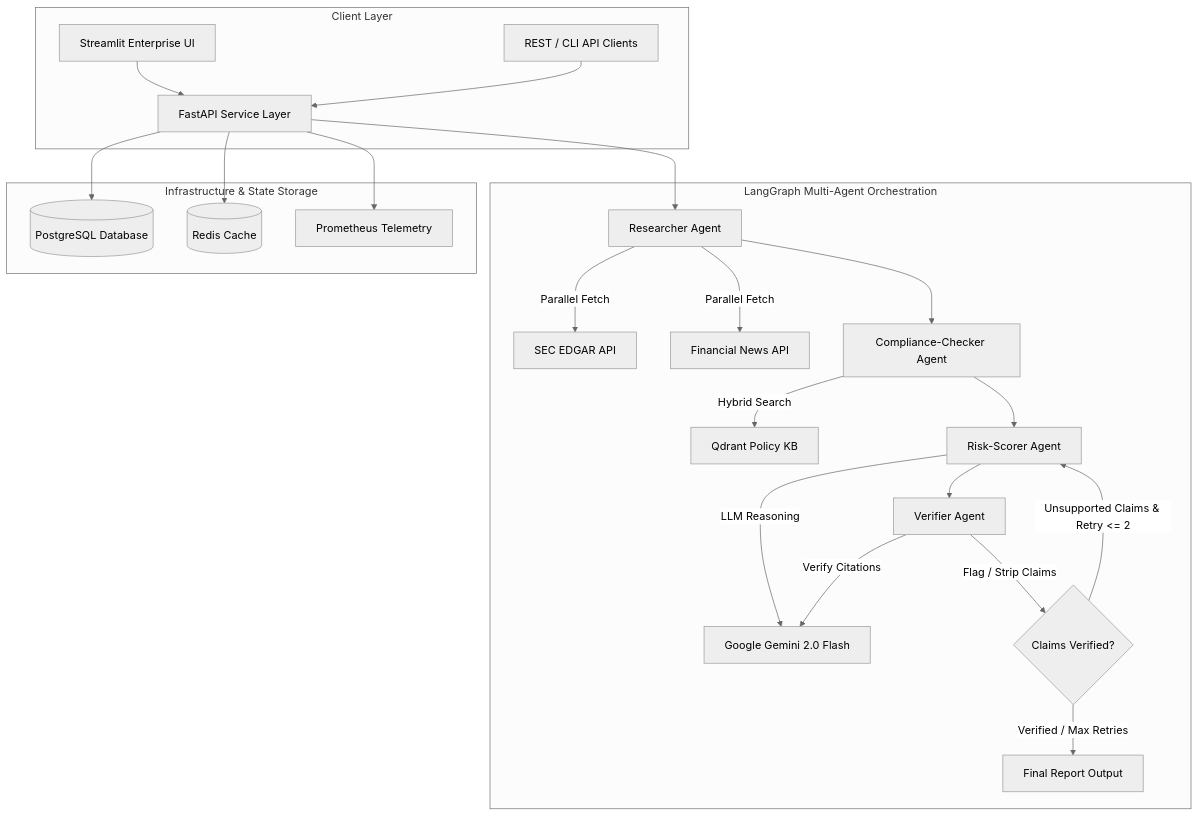
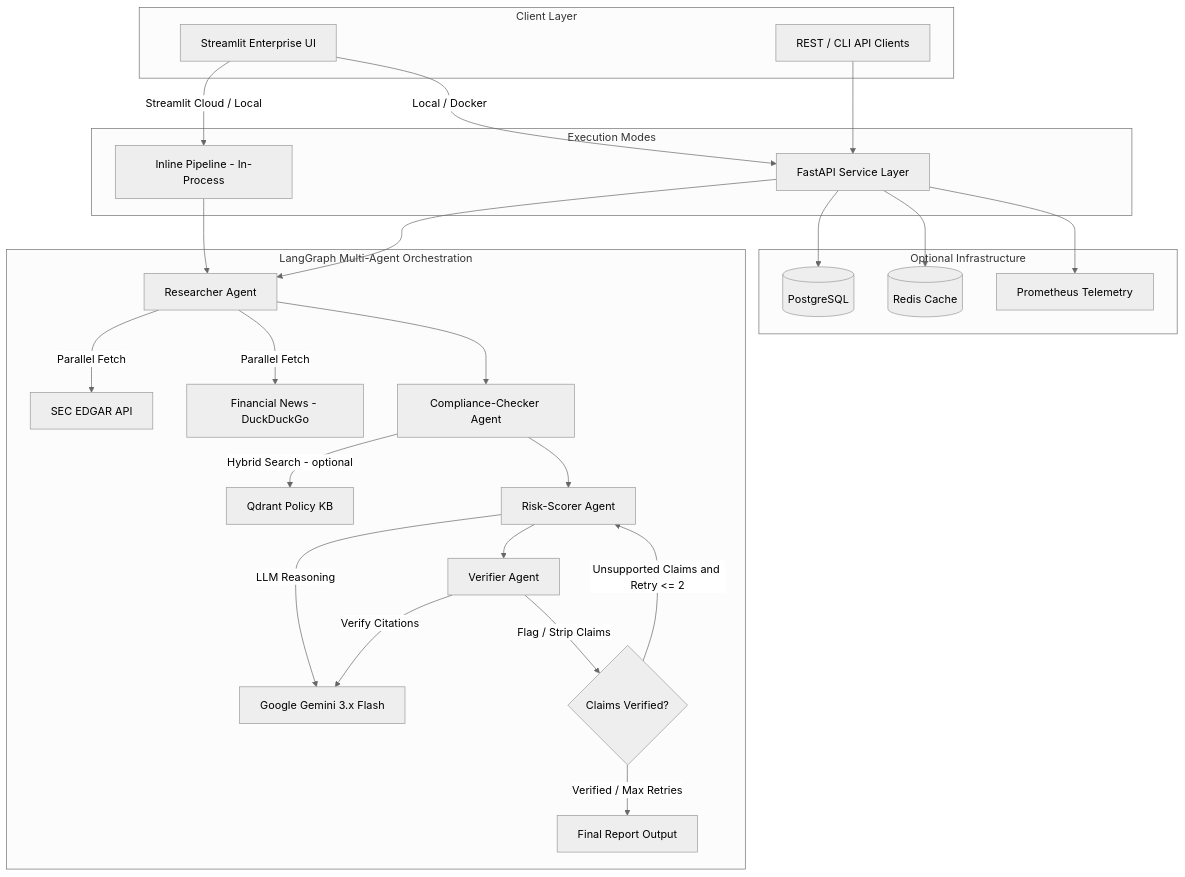
Before and after one commit to arpiitt/Agentic-Compliance-Risk-System: the first of 2 diagrams in README.md, drawn with Mermaid (neutral theme). The commit also changed other lines of this file and 1 other file, not shown here.

Commit message:
feat(ui): remove Backend Service status indicator; consolidate to single inline execution mode

````diff
--- a/README.md
+++ b/README.md
@@ -58,31 +52,38 @@
 ```mermaid
 graph TD
     subgraph Client Layer
-        A[Streamlit Enterprise UI] --> API[FastAPI Service Layer]
-        C[REST / CLI API Clients] --> API
+        A[Streamlit Enterprise UI]
+        C[REST / CLI API Clients]
+    end
+
+    subgraph Execution Modes
+        A -->|Streamlit Cloud / Local| Inline[Inline Pipeline - In-Process]
+        A -->|Local / Docker| API[FastAPI Service Layer]
+        C --> API
     end
 
     subgraph LangGraph Multi-Agent Orchestration
-        API --> R[Researcher Agent]
+        Inline --> R[Researcher Agent]
+        API --> R
         R -->|Parallel Fetch| R1[SEC EDGAR API]
-        R -->|Parallel Fetch| R2[Financial News API]
-        
+        R -->|Parallel Fetch| R2[Financial News - DuckDuckGo]
+
         R --> CC[Compliance-Checker Agent]
-        CC -->|Hybrid Search| Q[Qdrant Policy KB]
-        
+        CC -->|Hybrid Search - optional| Q[Qdrant Policy KB]
+
         CC --> RS[Risk-Scorer Agent]
-        RS -->|LLM Reasoning| G[Google Gemini 2.0 Flash]
-        
+        RS -->|LLM Reasoning| G[Google Gemini 3.x Flash]
+
         RS --> V[Verifier Agent]
         V -->|Verify Citations| G
         V -->|Flag / Strip Claims| V_Check{Claims Verified?}
-        V_Check -->|Unsupported Claims & Retry <= 2| RS
+        V_Check -->|Unsupported Claims and Retry <= 2| RS
         V_Check -->|Verified / Max Retries| End[Final Report Output]
     end
 
-    subgraph Infrastructure & State Storage
-        API --> DB[(PostgreSQL Database)]
+    subgraph Optional Infrastructure
+        API --> DB[(PostgreSQL)]
         API --> Redis[(Redis Cache)]
         API --> Prom[Prometheus Telemetry]
     end
 ```
````
